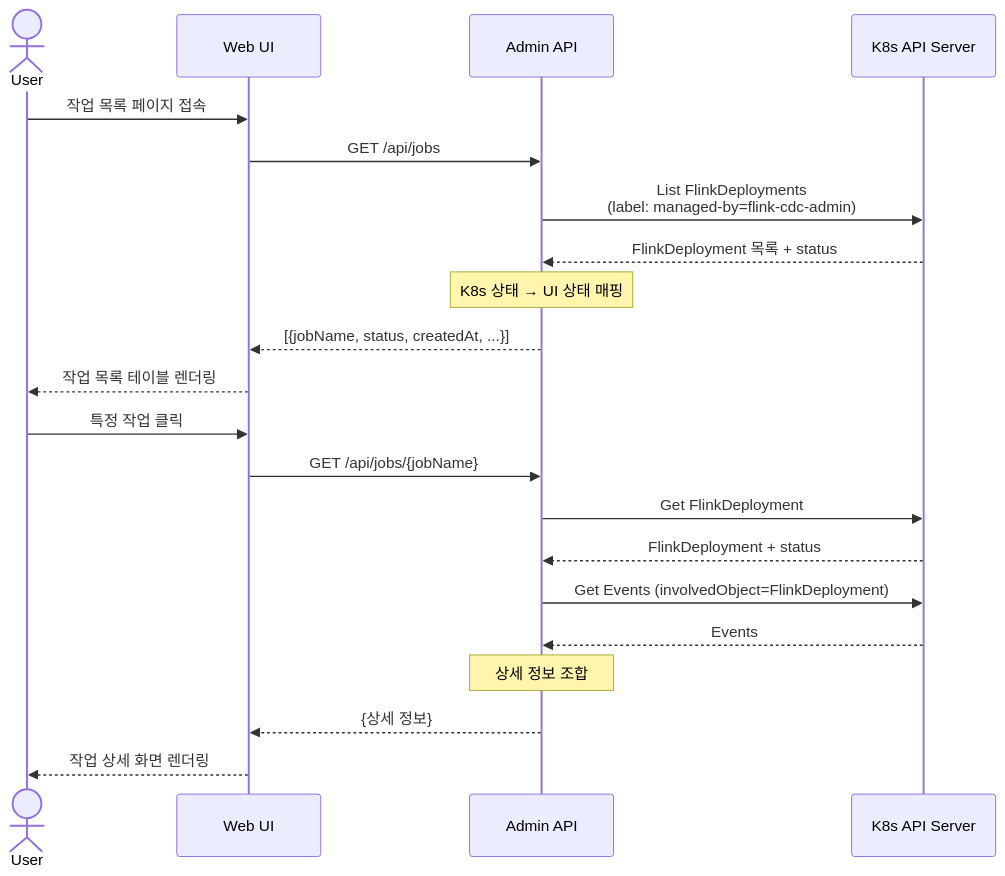
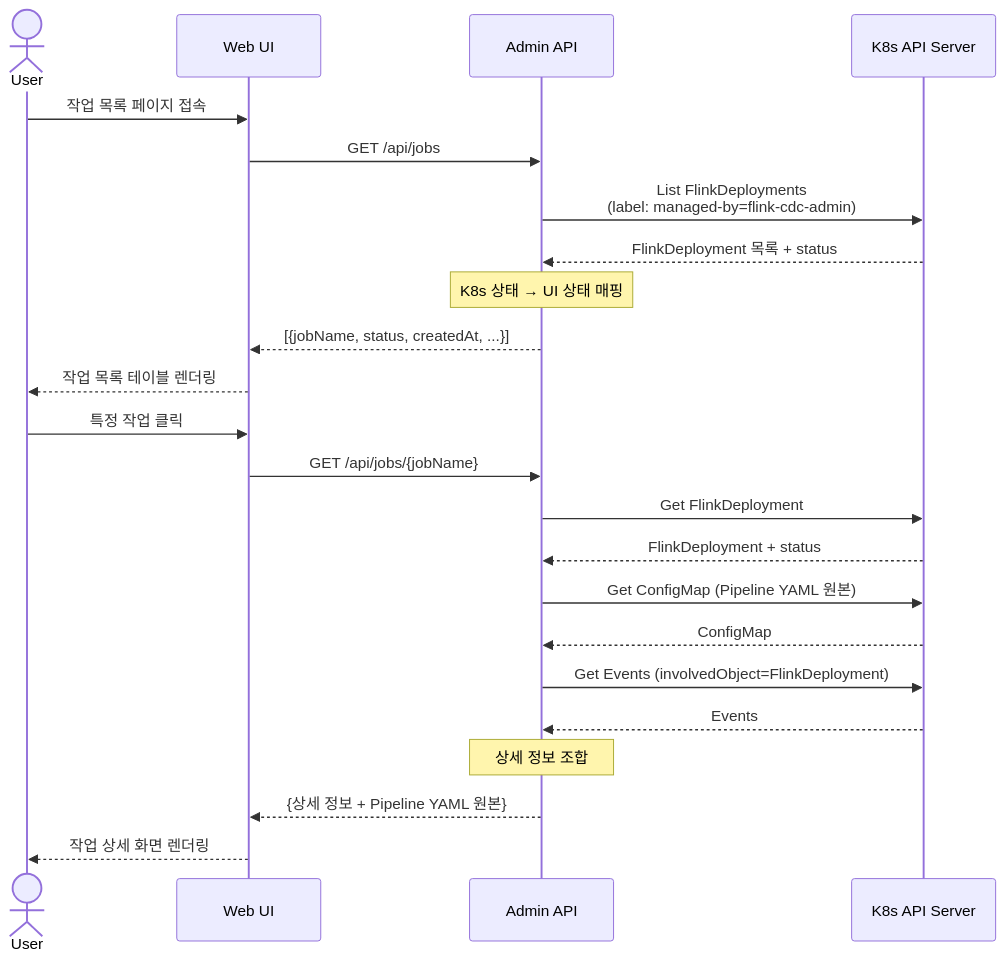
The fourth of 4 diagrams in ARCHITECTURE.md (robinjoon/Flink-Manager), drawn with Mermaid before and after one commit. The commit also changed other lines of this file and 1 other file, not shown here.

First line of the commit message:
docs: Pipeline YAML 추상화 제거, 사용자 직접 입력 모델로 수정

````diff
--- a/ARCHITECTURE.md
+++ b/ARCHITECTURE.md
@@ -190,32 +195,35 @@
 ```mermaid
 sequenceDiagram
     actor User
     participant UI as Web UI
     participant API as Admin API
     participant K8S as K8s API Server
 
     User->>UI: 작업 목록 페이지 접속
     UI->>API: GET /api/jobs
 
     API->>K8S: List FlinkDeployments<br/>(label: managed-by=flink-cdc-admin)
     K8S-->>API: FlinkDeployment 목록 + status
 
     Note over API: K8s 상태 → UI 상태 매핑
 
     API-->>UI: [{jobName, status, createdAt, ...}]
     UI-->>User: 작업 목록 테이블 렌더링
 
     User->>UI: 특정 작업 클릭
     UI->>API: GET /api/jobs/{jobName}
 
     API->>K8S: Get FlinkDeployment
     K8S-->>API: FlinkDeployment + status
 
+    API->>K8S: Get ConfigMap (Pipeline YAML 원본)
+    K8S-->>API: ConfigMap
+
     API->>K8S: Get Events (involvedObject=FlinkDeployment)
     K8S-->>API: Events
 
     Note over API: 상세 정보 조합
 
-    API-->>UI: {상세 정보}
+    API-->>UI: {상세 정보 + Pipeline YAML 원본}
     UI-->>User: 작업 상세 화면 렌더링
 ```
````
